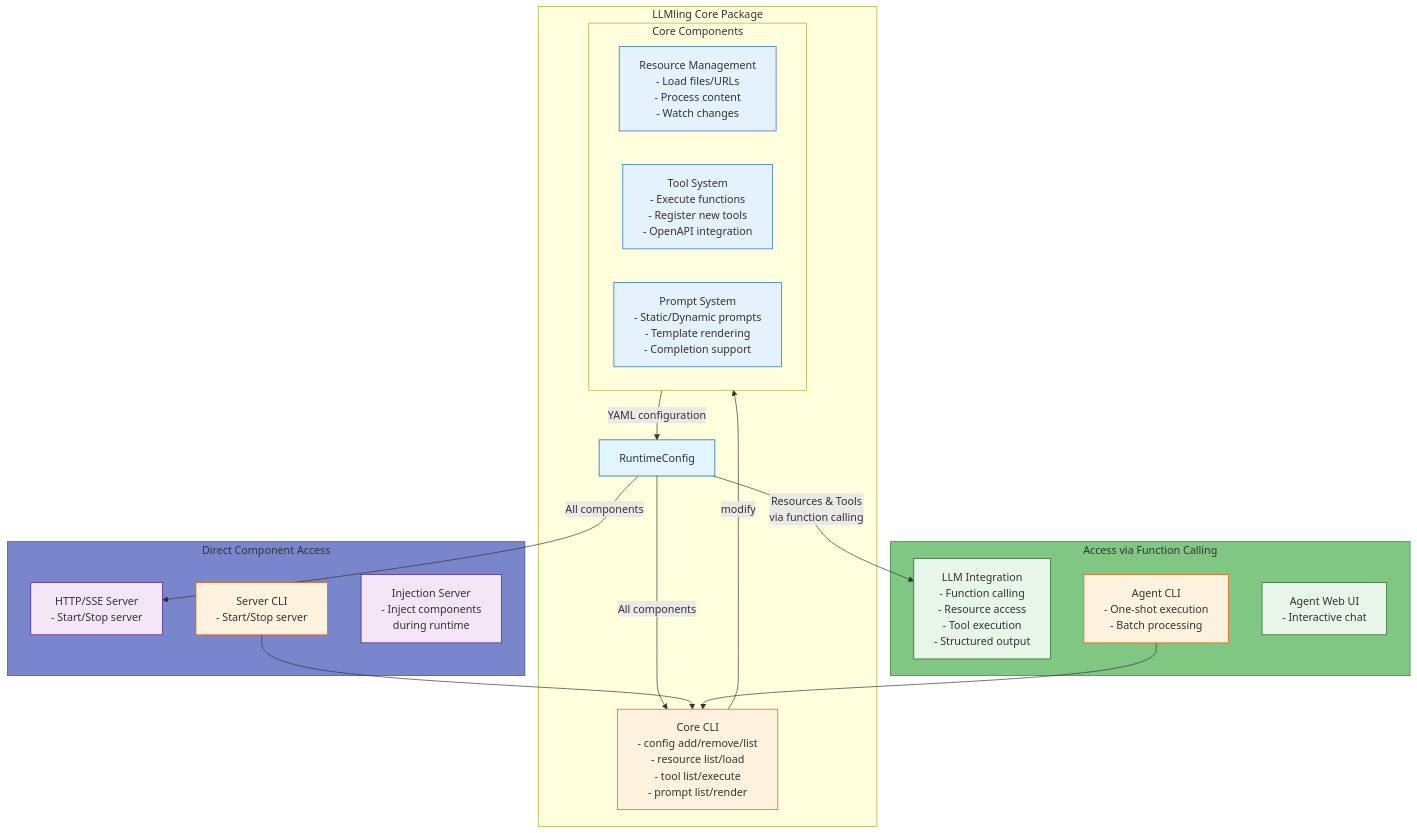
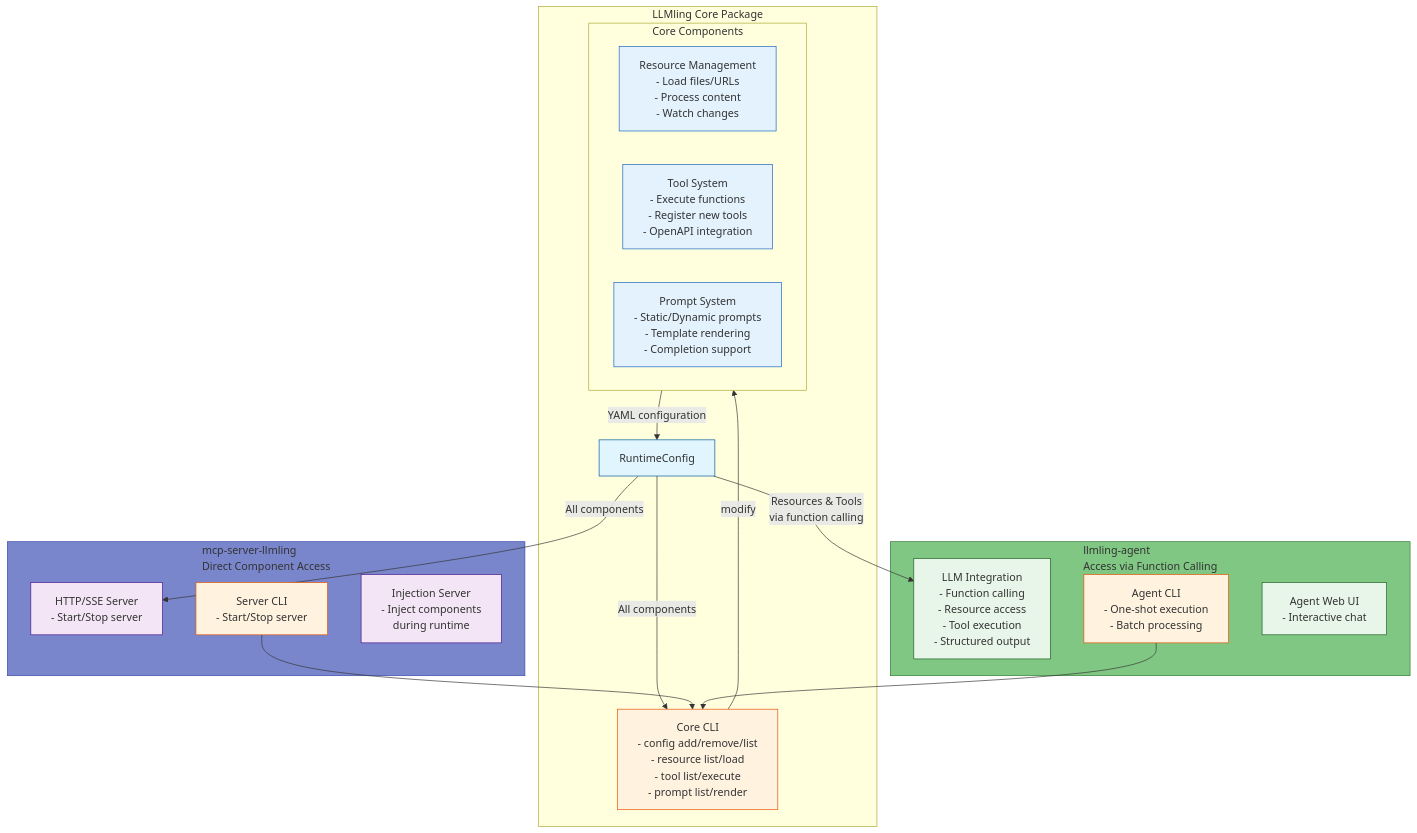
One commit to phil65/LLMling changed the diagram in README.md. Above: the diagram before and after it, drawn with Mermaid. The commit also changed other lines of this file, not shown here.

Commit message:
chore: moremaid

````diff
--- a/README.md
+++ b/README.md
@@ -53,52 +56,52 @@
 ```mermaid
 graph TB
     subgraph LLMling[LLMling Core Package]
         RT[RuntimeConfig]
 
         subgraph Core_Components[Core Components]
             Resources[Resource Management<br/>- Load files/URLs<br/>- Process content<br/>- Watch changes]
             Tools[Tool System<br/>- Execute functions<br/>- Register new tools<br/>- OpenAPI integration]
             Prompts[Prompt System<br/>- Static/Dynamic prompts<br/>- Template rendering<br/>- Completion support]
         end
 
         CLI[Core CLI<br/>- config add/remove/list<br/>- resource list/load<br/>- tool list/execute<br/>- prompt list/render]
 
         Core_Components -->|YAML configuration| RT
         RT -->|All components| CLI
         CLI -->|modify| Core_Components
     end
 
-    subgraph Direct_Access[Direct Component Access]
+    subgraph Direct_Access[mcp-server-llmling<br/>Direct Component Access]
         MCP[HTTP/SSE Server<br/>- Start/Stop server]
         MCP_CLI[Server CLI<br/>- Start/Stop server]
         Injection[Injection Server<br/>- Inject components<br/>during runtime]
     end
 
-    subgraph Function_Access[Access via Function Calling]
+    subgraph Function_Access[llmling-agent<br/>Access via Function Calling]
         LLM[LLM Integration<br/>- Function calling<br/>- Resource access<br/>- Tool execution<br/>- Structured output]
         Agent_CLI[Agent CLI<br/>- One-shot execution<br/>- Batch processing]
         Agent_Web[Agent Web UI<br/>- Interactive chat]
     end
 
     RT -->|All components| MCP
     RT -->|Resources & Tools<br/>via function calling| LLM
     MCP_CLI --> CLI
     Agent_CLI --> CLI
 
     classDef core fill:#e1f5fe,stroke:#01579b
     classDef comp fill:#e3f2fd,stroke:#1565c0
     classDef cli fill:#fff3e0,stroke:#e65100
     classDef mcp fill:#f3e5f5,stroke:#4a148c
     classDef agent fill:#e8f5e9,stroke:#1b5e20
     classDef access fill:#e8eaf6,stroke:#666
     classDef serverBox fill:#7986cb,stroke:#3949ab
     classDef agentBox fill:#81c784,stroke:#2e7d32
 
     class RT core
     class Resources,Tools,Prompts comp
     class CLI,MCP_CLI,Agent_CLI cli
     class MCP,Injection mcp
     class LLM,Agent_Web agent
     class Direct_Access serverBox
     class Function_Access agentBox
 ```
````
